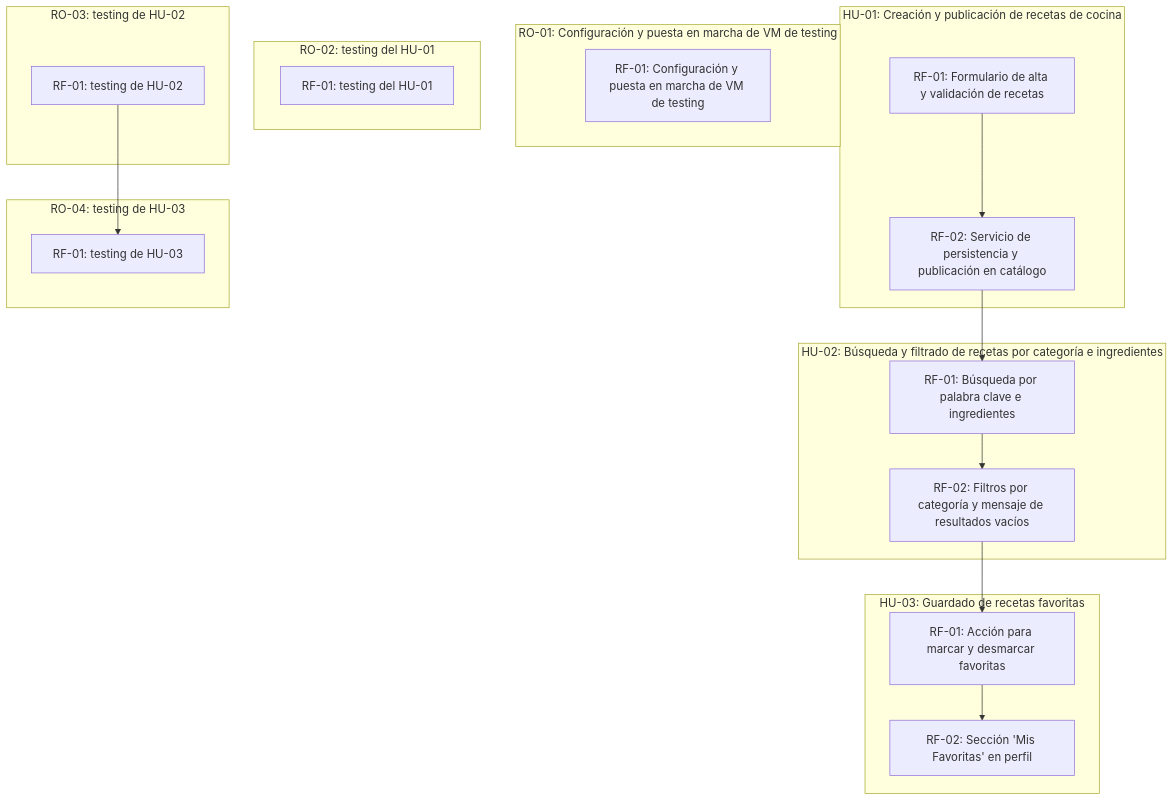
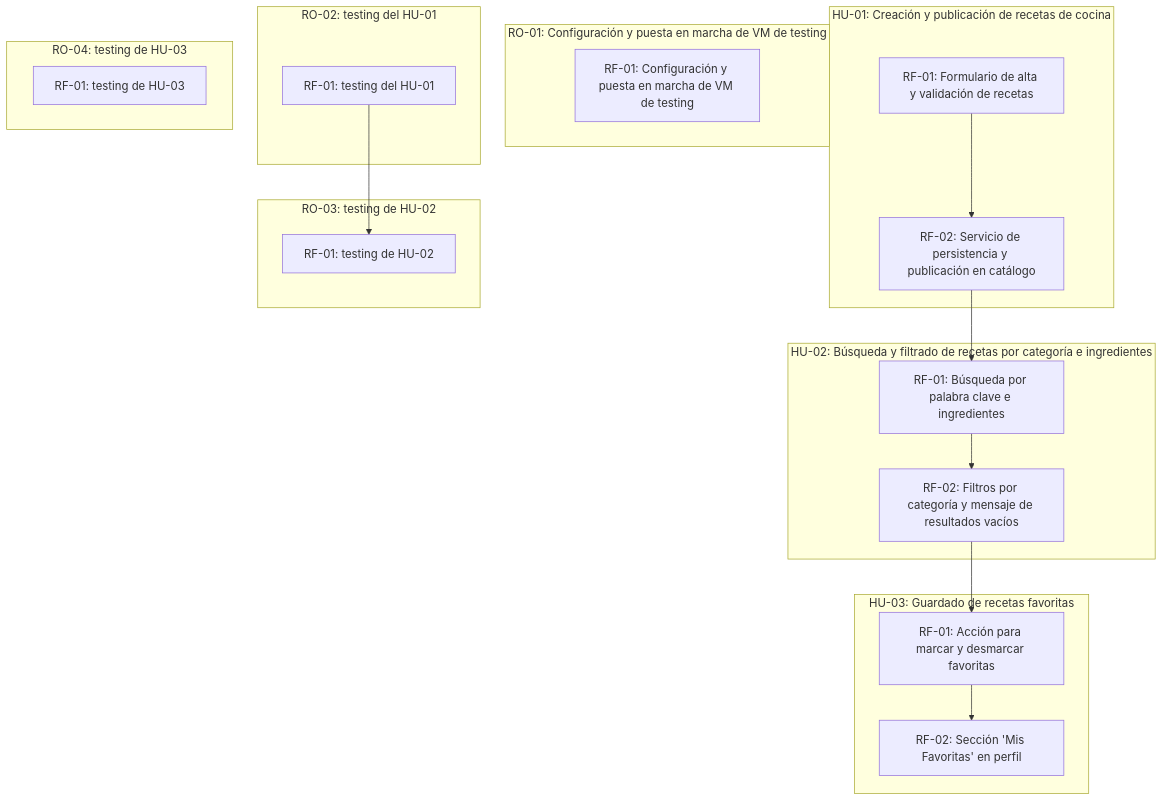
The diagram in scrumDocs/grafo.md (SVGiannoni/RecetasPanaRossi), drawn with Mermaid before and after one commit. The commit also changed other lines of this file, not shown here.

Commit message:
Auto-publish: actualiza scrumDocs/grafo.md

````diff
--- a/scrumDocs/grafo.md
+++ b/scrumDocs/grafo.md
@@ -5,33 +5,33 @@
 ```mermaid
 graph TD
   subgraph US_1788784804716["HU-01: Creación y publicación de recetas de cocina"]
     REQ_1788785182545["RF-01: Formulario de alta y validación de recetas"]
     REQ_1788785196739["RF-02: Servicio de persistencia y publicación en catálogo"]
   end
   subgraph US_1788784817567["HU-02: Búsqueda y filtrado de recetas por categoría e ingredientes"]
     REQ_1788785446610["RF-01: Búsqueda por palabra clave e ingredientes"]
     REQ_1788785477255["RF-02: Filtros por categoría y mensaje de resultados vacíos"]
   end
   subgraph US_1788784829317["HU-03: Guardado de recetas favoritas"]
     REQ_1788785498187["RF-01: Acción para marcar y desmarcar favoritas"]
     REQ_1788785510602["RF-02: Sección 'Mis Favoritas' en perfil"]
   end
   subgraph US_1788785524805["RO-01: Configuración y puesta en marcha de VM de testing"]
     REQ_1788785524811["RF-01: Configuración y puesta en marcha de VM de testing"]
   end
   subgraph US_1788790818388["RO-02: testing del HU-01"]
     REQ_1788790818395["RF-01: testing del HU-01"]
   end
   subgraph US_1788790905857["RO-03: testing de HU-02"]
     REQ_1788790905863["RF-01: testing de HU-02"]
   end
   subgraph US_1788790968088["RO-04: testing de HU-03"]
     REQ_1788790968095["RF-01: testing de HU-03"]
   end
   REQ_1788785182545 --> REQ_1788785196739
   REQ_1788785196739 --> REQ_1788785446610
   REQ_1788785446610 --> REQ_1788785477255
   REQ_1788785477255 --> REQ_1788785498187
   REQ_1788785498187 --> REQ_1788785510602
-  REQ_1788790905863 --> REQ_1788790968095
+  REQ_1788790818395 --> REQ_1788790905863
 ```
````
